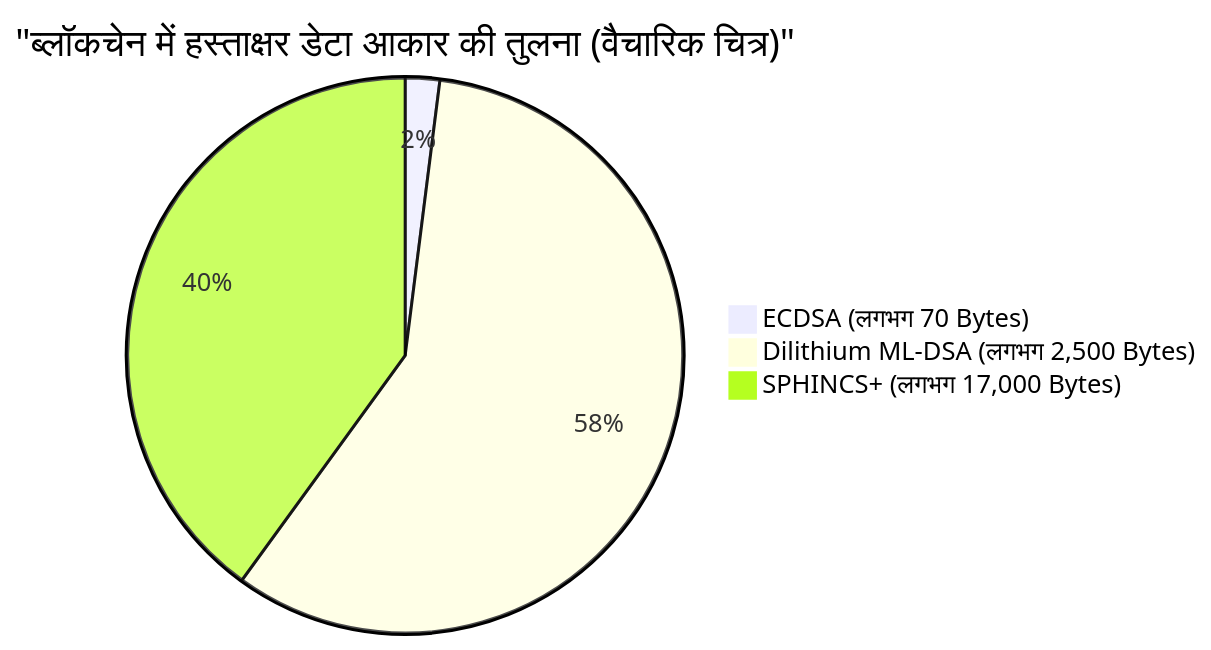
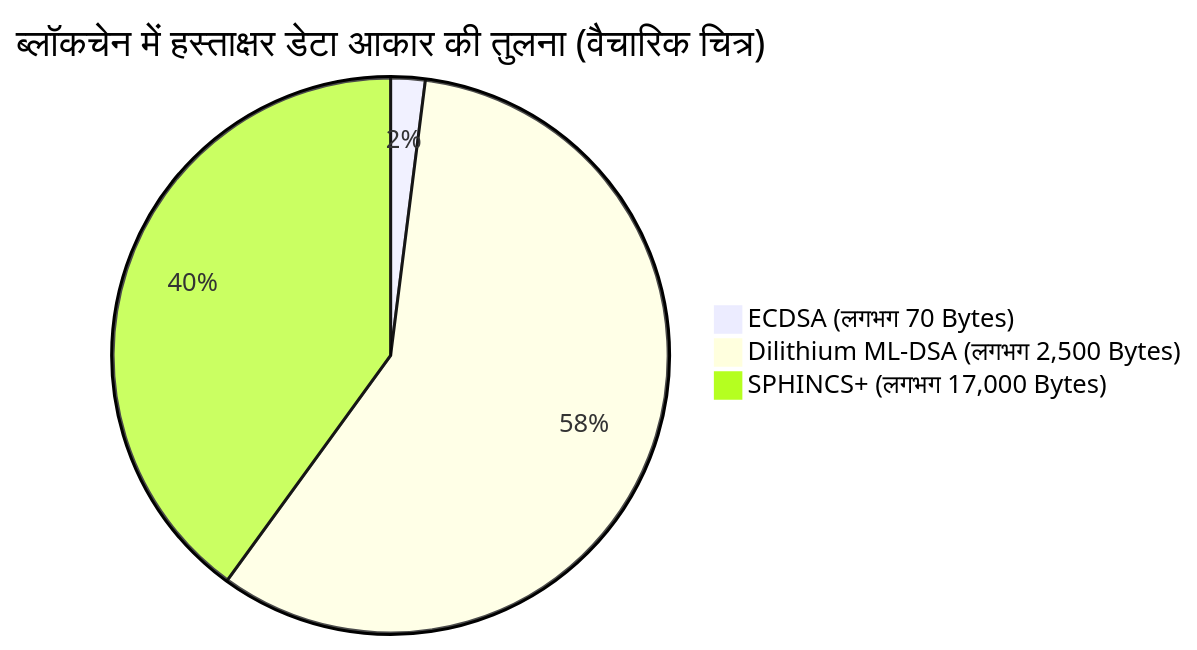
Before and after one commit to kenjinote/blog: the third of 3 diagrams in content/post/ポスト量子時代のブロックチェーン/index.hi.md, drawn with Mermaid. The commit also changed other lines of this file and 703 other files, not shown here.

Commit message:
Fix: Remove quotes from Mermaid link texts and timeline definitions to support Mermaid 11.4.1

````diff
--- a/content/post/ポスト量子時代のブロックチェーン/index.hi.md
+++ b/content/post/ポスト量子時代のブロックチェーン/index.hi.md
@@ -282,6 +282,6 @@
 ```mermaid
-pie title "ब्लॉकचेन में हस्ताक्षर डेटा आकार की तुलना (वैचारिक चित्र)"
+pie title ब्लॉकचेन में हस्ताक्षर डेटा आकार की तुलना (वैचारिक चित्र)
     "ECDSA (लगभग 70 Bytes)" : 2
     "Dilithium ML-DSA (लगभग 2,500 Bytes)" : 58
     "SPHINCS+ (लगभग 17,000 Bytes)" : 40
 ```
````
